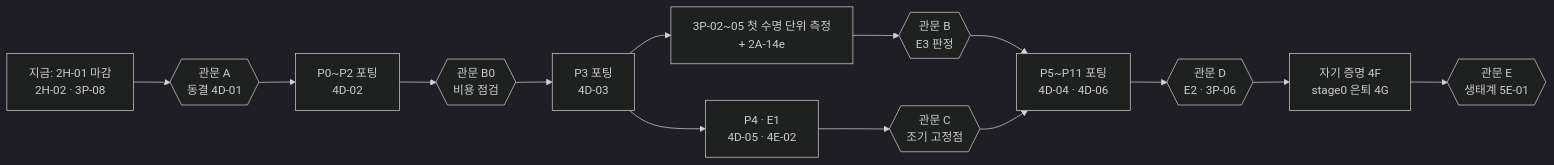
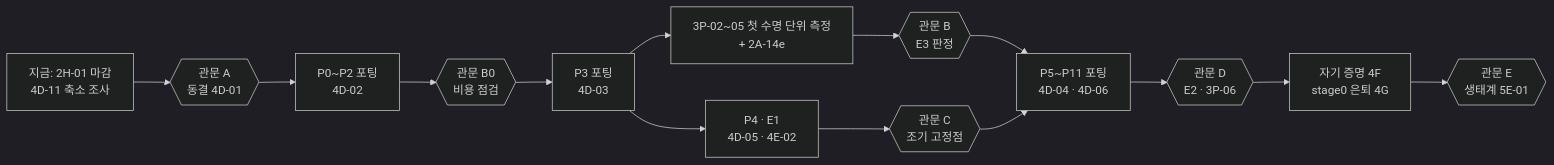
The third of 4 diagrams in docs/ROADMAP.md (lang-bmb/lang-bmb), drawn with Mermaid (dark theme) before and after one commit. The commit also changed other lines of this file and 18 other files, not shown here.

````diff
--- a/docs/ROADMAP.md
+++ b/docs/ROADMAP.md
@@ -89,11 +89,11 @@
 ```mermaid
 flowchart LR
-    N["지금: 2H-01 마감<br/>2H-02 · 3P-08"] --> A{{"관문 A<br/>동결 4D-01"}}
+    N["지금: 2H-01 마감<br/>4D-11 축소 조사"] --> A{{"관문 A<br/>동결 4D-01"}}
     A --> P02["P0~P2 포팅<br/>4D-02"] --> B0{{"관문 B0<br/>비용 점검"}} --> P03["P3 포팅<br/>4D-03"]
     P03 --> M["3P-02~05 첫 수명 단위 측정<br/>+ 2A-14e"] --> B{{"관문 B<br/>E3 판정"}}
     P03 --> P4["P4 · E1<br/>4D-05 · 4E-02"] --> C{{"관문 C<br/>조기 고정점"}}
     B --> P511["P5~P11 포팅<br/>4D-04 · 4D-06"]
     C --> P511
     P511 --> D{{"관문 D<br/>E2 · 3P-06"}}
     D --> SP["자기 증명 4F<br/>stage0 은퇴 4G"] --> E{{"관문 E<br/>생태계 5E-01"}}
 ```
````
